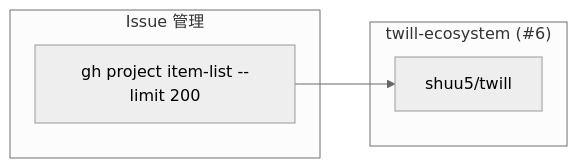
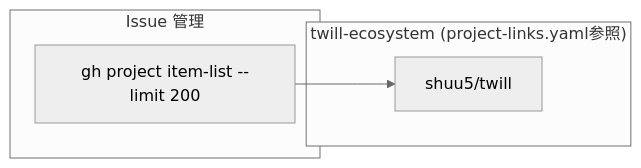
The third of 3 diagrams in plugins/twl/architecture/domain/contexts/project-mgmt.md (shuu5/twill), drawn with Mermaid (neutral theme) before and after one commit. The commit also changed 11 other files, not shown here.

First line of the commit message:
feat: project-links.yaml 導入 — Board #6 等の外部リンク集約 (#794)

````diff
--- a/plugins/twl/architecture/domain/contexts/project-mgmt.md
+++ b/plugins/twl/architecture/domain/contexts/project-mgmt.md
@@ -83,11 +83,11 @@
 ```mermaid
 flowchart LR
-    subgraph "twill-ecosystem (#6)"
+    subgraph "twill-ecosystem (project-links.yaml参照)"
         TWILL["shuu5/twill"]
     end
 
     subgraph "Issue 管理"
         GH["gh project item-list --limit 200"]
         GH --> TWILL
     end
 ```
````
